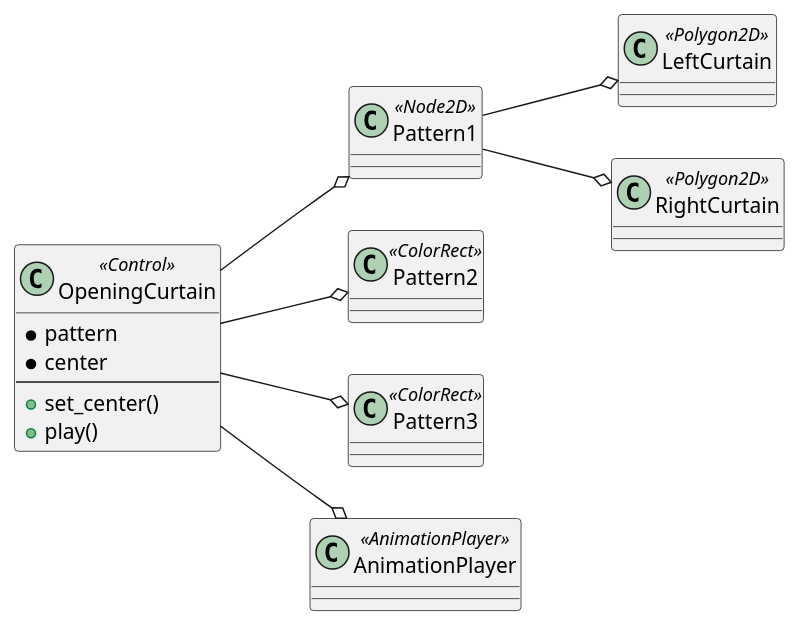
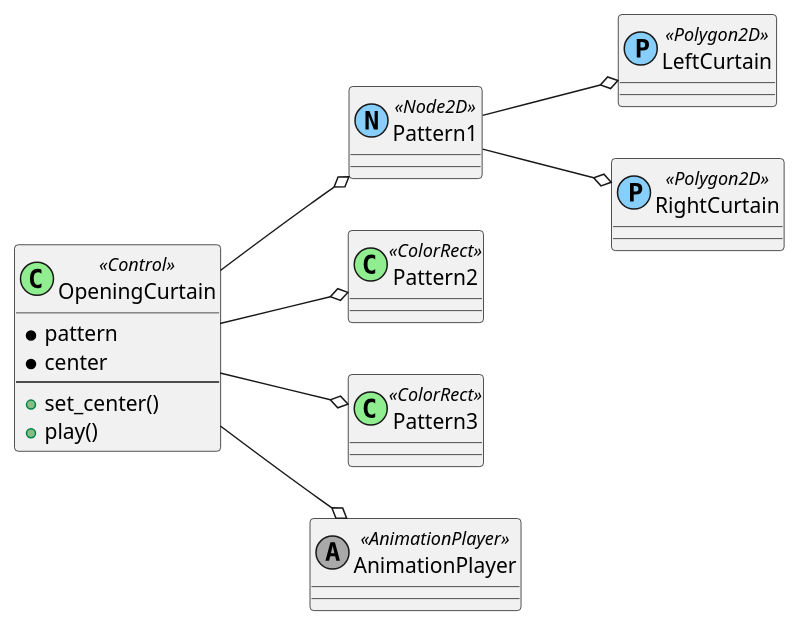
One commit to tkmfujise/Platformer-Game-Learning changed the diagram in content/scenes/src/curtain/opening/opening.tscn.adoc. Above: the diagram before and after it, drawn with PlantUML. The commit also changed 69 other files, not shown here.

Commit message:
Change scene diagram class color

```diff
--- a/content/scenes/src/curtain/opening/opening.tscn.adoc
+++ b/content/scenes/src/curtain/opening/opening.tscn.adoc
@@ -9,30 +9,30 @@
 [plantuml]
 ....
-class ROOT as "OpeningCurtain" <<Control>> {
+class ROOT as "OpeningCurtain" <<(C,lightgreen) Control>> {
   * pattern
   * center
 ---
   + set_center()
   + play()
 }
-class Pattern1 as "Pattern1" <<Node2D>> {
+class Pattern1 as "Pattern1" <<(N,lightskyblue) Node2D>> {
 }
-class Pattern1_LeftCurtain as "LeftCurtain" <<Polygon2D>> {
+class Pattern1_LeftCurtain as "LeftCurtain" <<(P,lightskyblue) Polygon2D>> {
 }
-class Pattern1_RightCurtain as "RightCurtain" <<Polygon2D>> {
+class Pattern1_RightCurtain as "RightCurtain" <<(P,lightskyblue) Polygon2D>> {
 }
-class Pattern2 as "Pattern2" <<ColorRect>> {
+class Pattern2 as "Pattern2" <<(C,lightgreen) ColorRect>> {
 }
-class Pattern3 as "Pattern3" <<ColorRect>> {
+class Pattern3 as "Pattern3" <<(C,lightgreen) ColorRect>> {
 }
-class AnimationPlayer as "AnimationPlayer" <<AnimationPlayer>> {
+class AnimationPlayer as "AnimationPlayer" <<(A,darkgray) AnimationPlayer>> {
 }
 ROOT --o Pattern1
 ROOT --o Pattern2
 ROOT --o Pattern3
 ROOT --o AnimationPlayer
 Pattern1 --o Pattern1_LeftCurtain
 Pattern1 --o Pattern1_RightCurtain
 left to right direction
 
 ....
```
